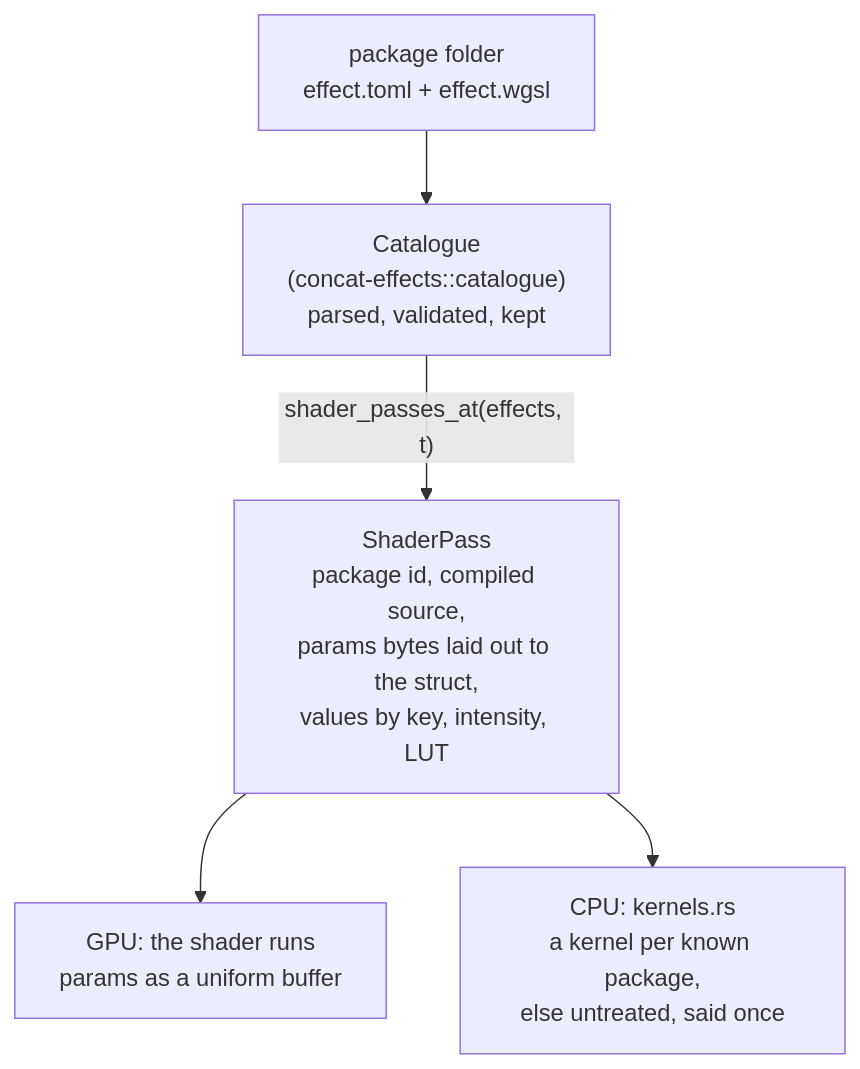
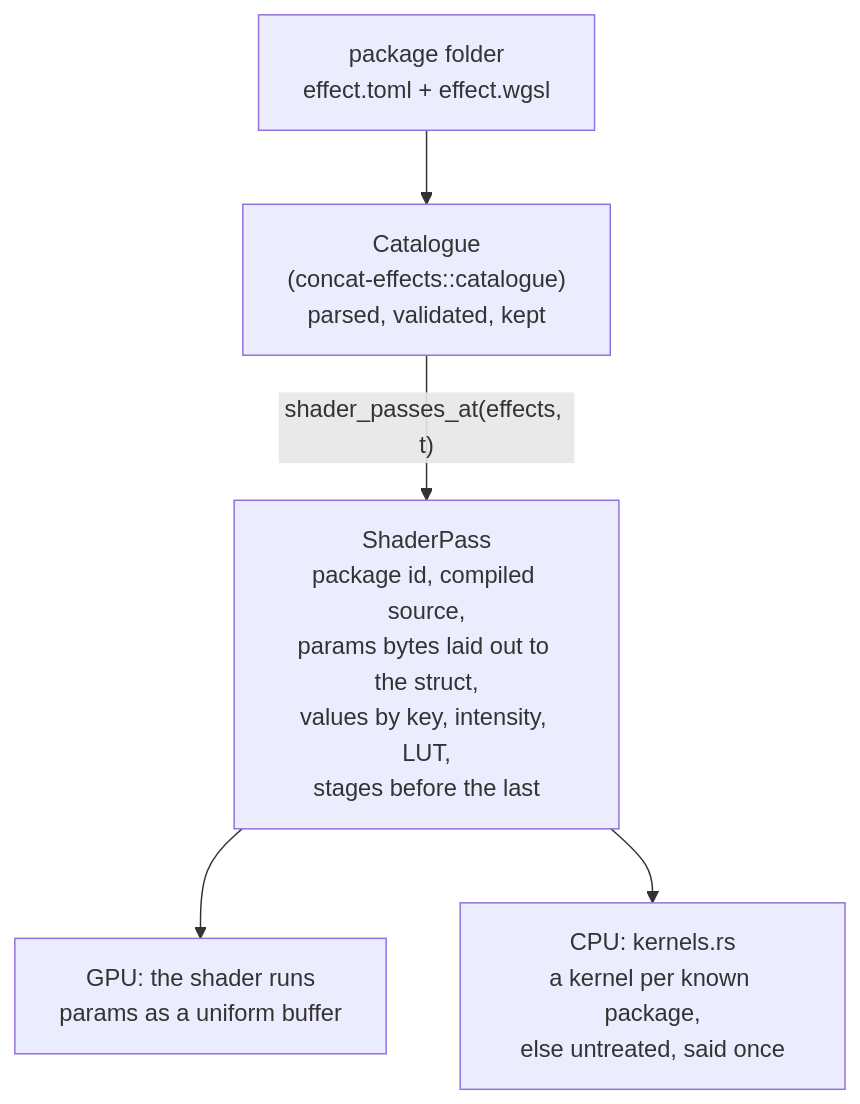
The third of 7 diagrams in ARCHITECTURE.md (jub0t/Concat), drawn with Mermaid before and after one commit. The commit also changed other lines of this file and 20 other files, not shown here.

````diff
--- a/ARCHITECTURE.md
+++ b/ARCHITECTURE.md
@@ -147,13 +147,13 @@
 ```mermaid
 flowchart TD
     pkg["package folder<br/>effect.toml + effect.wgsl"]
     cat["Catalogue<br/>(concat-effects::catalogue)<br/>parsed, validated, kept"]
-    pass["ShaderPass<br/>package id, compiled source,<br/>params bytes laid out to the struct,<br/>values by key, intensity, LUT"]
+    pass["ShaderPass<br/>package id, compiled source,<br/>params bytes laid out to the struct,<br/>values by key, intensity, LUT,<br/>stages before the last"]
     gpu["GPU: the shader runs<br/>params as a uniform buffer"]
     cpu["CPU: kernels.rs<br/>a kernel per known package,<br/>else untreated, said once"]
 
     pkg --> cat
     cat -- "shader_passes_at(effects, t)" --> pass
     pass --> gpu
     pass --> cpu
 ```
````
